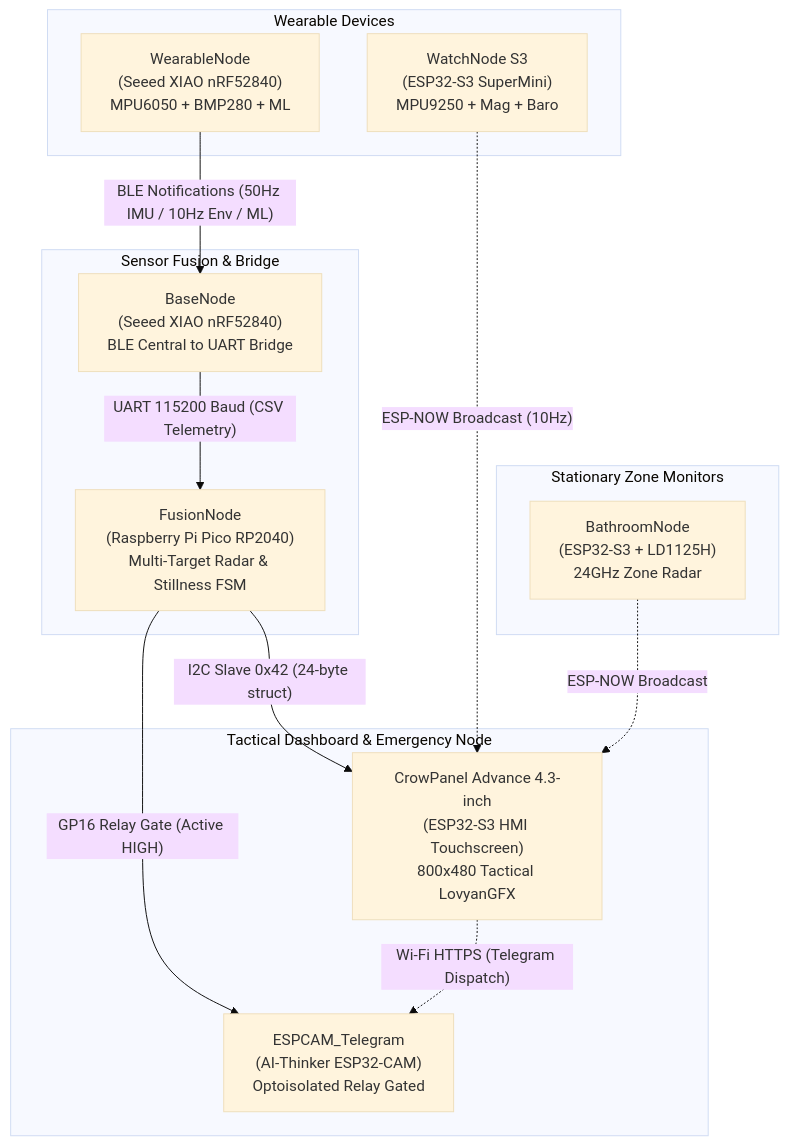
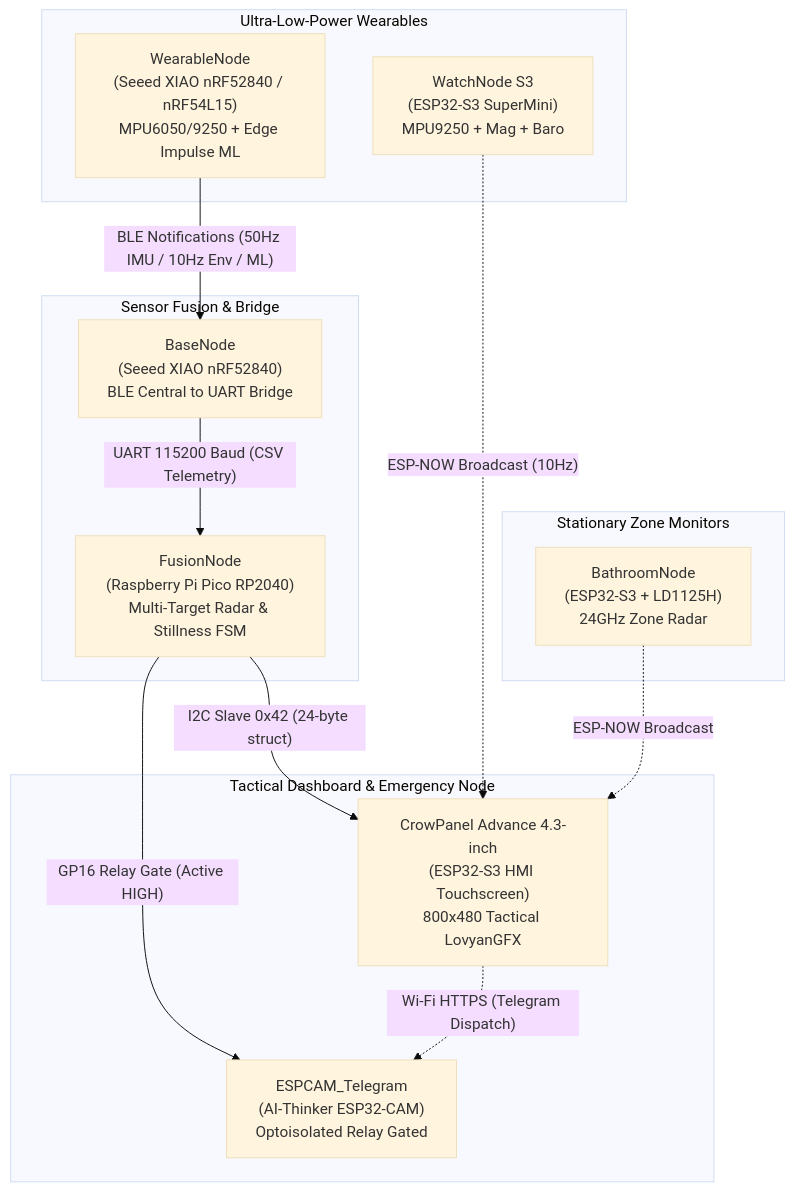
The first of 2 diagrams in docs/ARCHITECTURE.md (Trip64/RadarBasedFallDetect-RANGER), drawn with Mermaid (base theme) before and after one commit. The commit also changed 3 other files, not shown here.

Commit message:
Enhance docs: add TLDR, roadmap, ML pipeline deep-dive, nRF54L15 architecture, and NRF54_Test

````diff
--- a/docs/ARCHITECTURE.md
+++ b/docs/ARCHITECTURE.md
@@ -9,29 +9,29 @@
 ```mermaid
 flowchart TD
-    subgraph Wearables ["Wearable Devices"]
-        WN["WearableNode<br/>(Seeed XIAO nRF52840)<br/>MPU6050 + BMP280 + ML"]
+    subgraph Wearables ["Ultra-Low-Power Wearables"]
+        WN["WearableNode<br/>(Seeed XIAO nRF52840 / nRF54L15)<br/>MPU6050/9250 + Edge Impulse ML"]
         WNS3["WatchNode S3<br/>(ESP32-S3 SuperMini)<br/>MPU9250 + Mag + Baro"]
     end
 
     subgraph Stationary ["Stationary Zone Monitors"]
         BN_RADAR["BathroomNode<br/>(ESP32-S3 + LD1125H)<br/>24GHz Zone Radar"]
     end
 
     subgraph Base_Processing ["Sensor Fusion & Bridge"]
         BASE["BaseNode<br/>(Seeed XIAO nRF52840)<br/>BLE Central to UART Bridge"]
         FUSION["FusionNode<br/>(Raspberry Pi Pico RP2040)<br/>Multi-Target Radar & Stillness FSM"]
     end
 
     subgraph Display_Emergency ["Tactical Dashboard & Emergency Node"]
         CROW["CrowPanel Advance 4.3-inch<br/>(ESP32-S3 HMI Touchscreen)<br/>800x480 Tactical LovyanGFX"]
         CAM["ESPCAM_Telegram<br/>(AI-Thinker ESP32-CAM)<br/>Optoisolated Relay Gated"]
     end
 
     WN -- "BLE Notifications (50Hz IMU / 10Hz Env / ML)" --> BASE
     BASE -- "UART 115200 Baud (CSV Telemetry)" --> FUSION
     FUSION -- "I2C Slave 0x42 (24-byte struct)" --> CROW
     WNS3 -. "ESP-NOW Broadcast (10Hz)" .-> CROW
     BN_RADAR -. "ESP-NOW Broadcast" .-> CROW
     FUSION -- "GP16 Relay Gate (Active HIGH)" --> CAM
     CROW -. "Wi-Fi HTTPS (Telegram Dispatch)" .-> CAM
 ```
````
